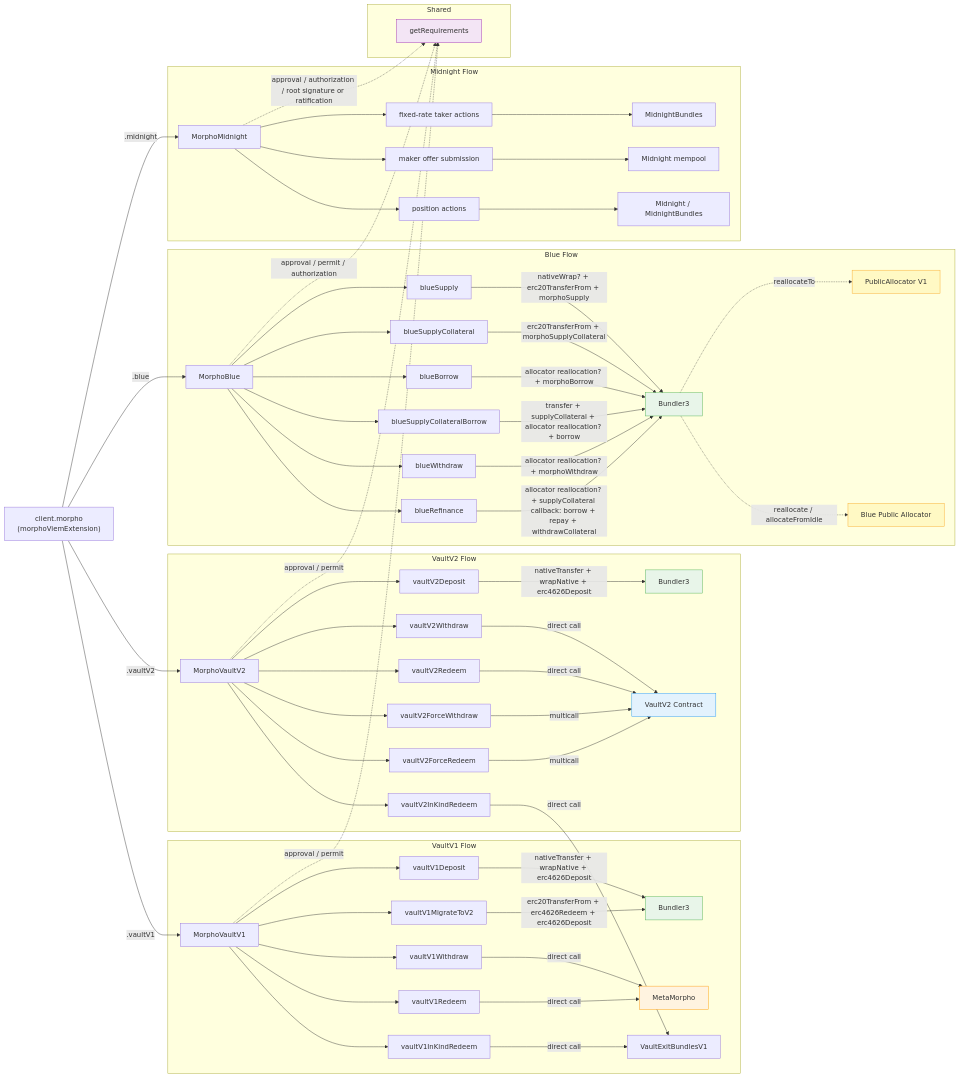
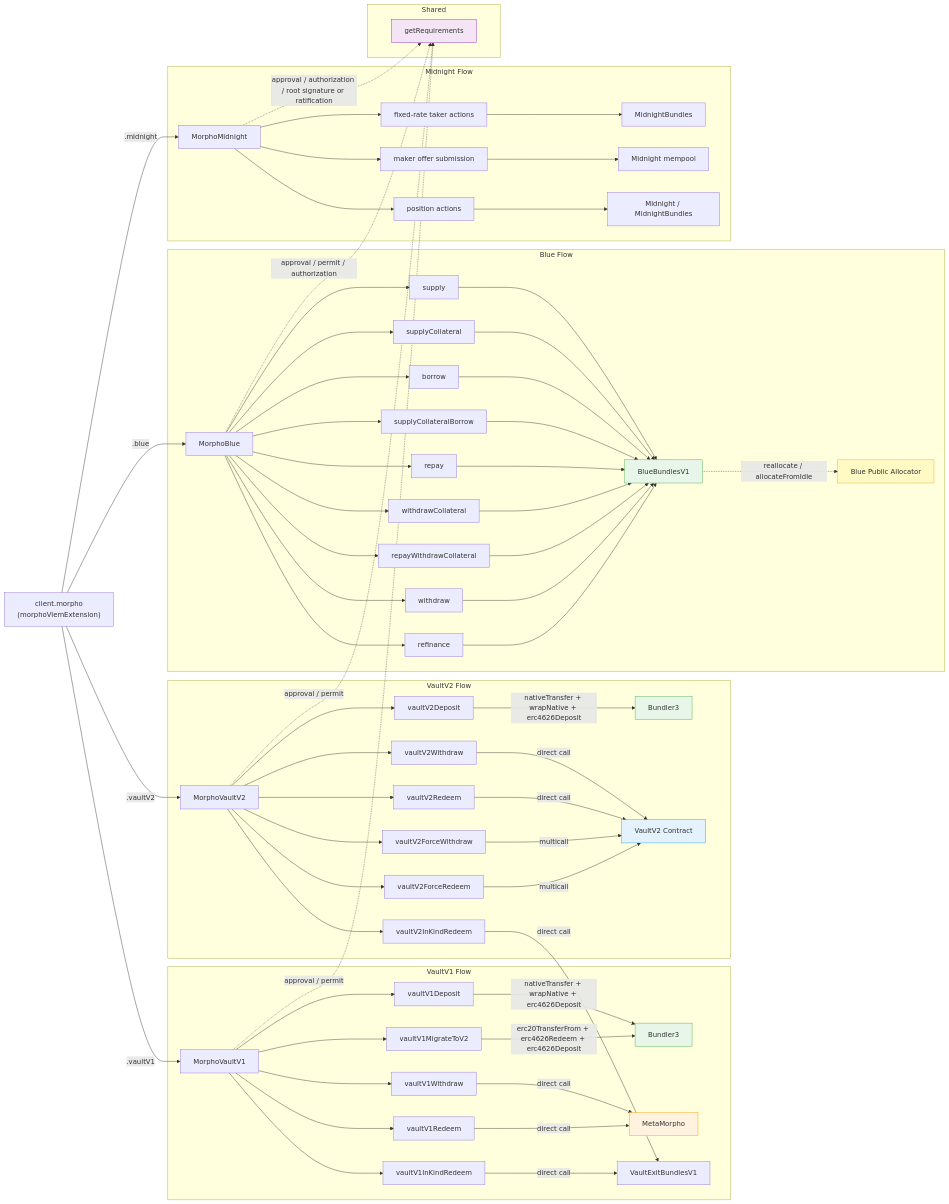
Before and after one commit to morpho-org/sdks: the diagram in packages/morpho-sdk/README.md, drawn with Mermaid. The commit also changed other lines of this file and 20 other files, not shown here.

First line of the commit message:
feat(morpho-sdk): finish the BlueBundlesV1 migration

````diff
--- a/packages/morpho-sdk/README.md
+++ b/packages/morpho-sdk/README.md
@@ -231,22 +241,27 @@
 
     subgraph Blue Flow
         MM1[MorphoBlue]
-        MM1 --> M1S[blueSupply]
-        MM1 --> M1SC[blueSupplyCollateral]
-        MM1 --> M1B[blueBorrow]
-        MM1 --> M1SCB[blueSupplyCollateralBorrow]
-        MM1 --> M1W[blueWithdraw]
-        MM1 --> M1RF[blueRefinance]
+        MM1 --> M1S[supply]
+        MM1 --> M1SC[supplyCollateral]
+        MM1 --> M1B[borrow]
+        MM1 --> M1SCB[supplyCollateralBorrow]
+        MM1 --> M1R[repay]
+        MM1 --> M1WC[withdrawCollateral]
+        MM1 --> M1RW[repayWithdrawCollateral]
+        MM1 --> M1W[withdraw]
+        MM1 --> M1M[refinance]
 
-        M1S -->|nativeWrap? + erc20TransferFrom + morphoSupply| B3[Bundler3]
-        M1SC -->|erc20TransferFrom + morphoSupplyCollateral| B3
-        M1B -->|allocator reallocation? + morphoBorrow| B3
-        M1SCB -->|transfer + supplyCollateral + allocator reallocation? + borrow| B3
-        M1W -->|allocator reallocation? + morphoWithdraw| B3
-        M1RF -->|allocator reallocation? + supplyCollateral callback: borrow + repay + withdrawCollateral| B3
+        M1S --> BBV1[BlueBundlesV1]
+        M1SC --> BBV1
+        M1B --> BBV1
+        M1SCB --> BBV1
+        M1R --> BBV1
+        M1WC --> BBV1
+        M1RW --> BBV1
+        M1W --> BBV1
+        M1M --> BBV1
 
-        B3 -.->|reallocateTo| PA1[PublicAllocator V1]
-        B3 -.->|reallocate / allocateFromIdle| BPA[Blue Public Allocator]
+        BBV1 -.->|reallocate / allocateFromIdle| BPA[Blue Public Allocator]
     end
 
     subgraph Midnight Flow
@@ -271,10 +286,9 @@
 
     style B1 fill:#e8f5e9,stroke:#4caf50
     style B2 fill:#e8f5e9,stroke:#4caf50
-    style B3 fill:#e8f5e9,stroke:#4caf50
+    style BBV1 fill:#e8f5e9,stroke:#4caf50
     style MM fill:#fff3e0,stroke:#ff9800
     style V2C fill:#e3f2fd,stroke:#2196f3
     style REQ fill:#f3e5f5,stroke:#9c27b0
-    style PA1 fill:#fff9c4,stroke:#f9a825
     style BPA fill:#fff9c4,stroke:#f9a825
 ```
````
